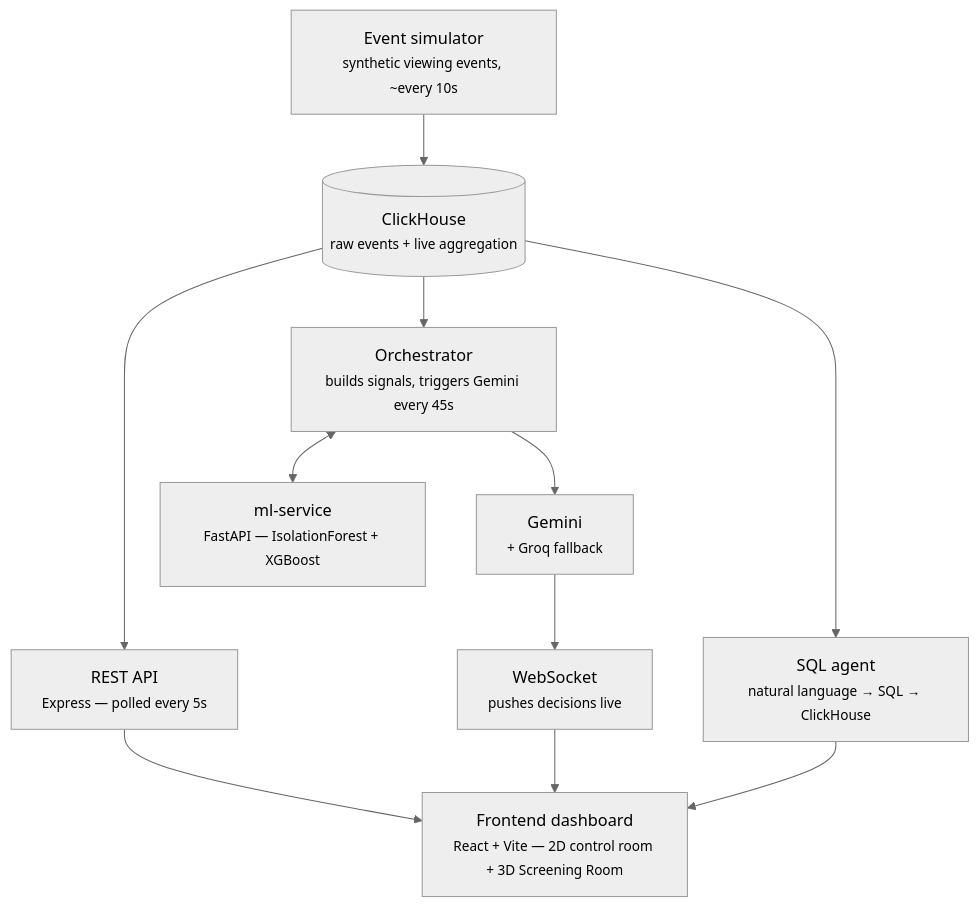
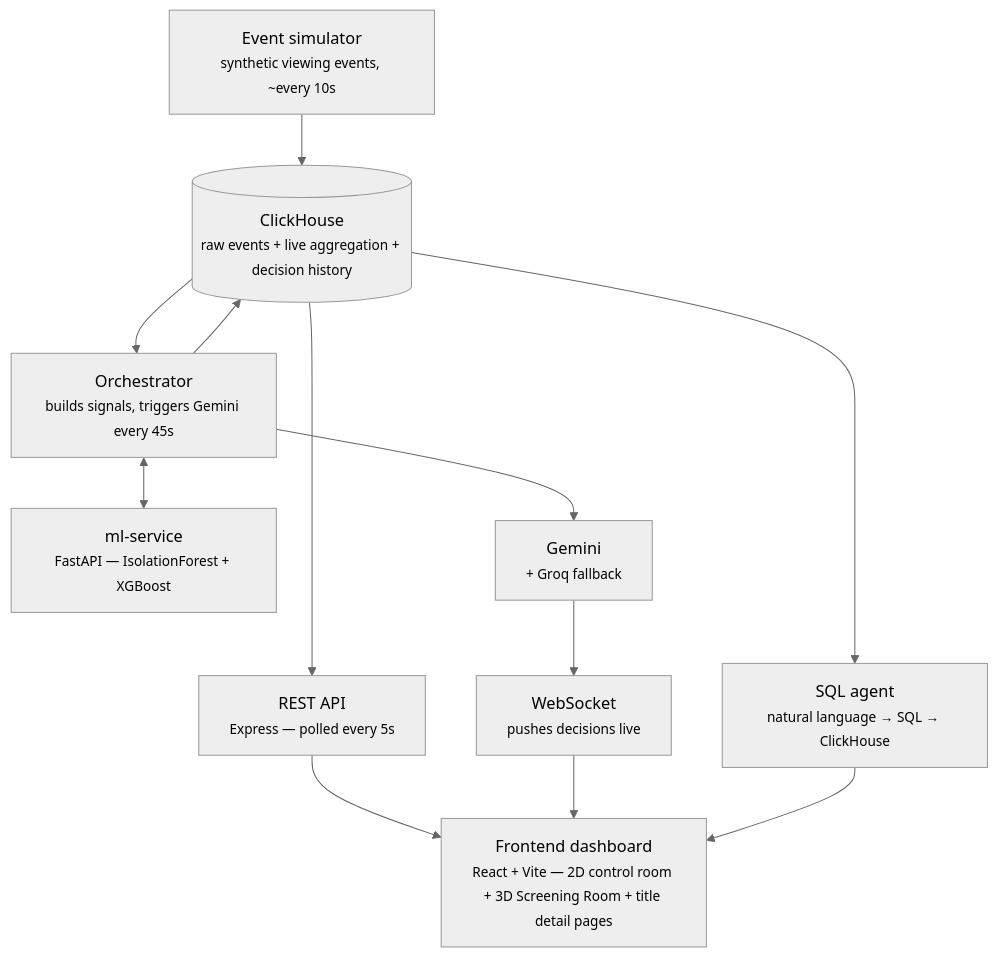
The diagram in README.md (femi-cloud/Aurora), drawn with Mermaid (neutral theme) before and after one commit. The commit also changed other lines of this file and 24 other files, not shown here.

````diff
--- a/README.md
+++ b/README.md
@@ -39,19 +39,20 @@
 ```mermaid
 flowchart TD
     SIM["Event simulator<br/><small>synthetic viewing events, ~every 10s</small>"]
-    CH[("ClickHouse<br/><small>raw events + live aggregation</small>")]
+    CH[("ClickHouse<br/><small>raw events + live aggregation + decision history</small>")]
     API["REST API<br/><small>Express — polled every 5s</small>"]
     ORCH["Orchestrator<br/><small>builds signals, triggers Gemini every 45s</small>"]
     SQL["SQL agent<br/><small>natural language → SQL → ClickHouse</small>"]
     ML["ml-service<br/><small>FastAPI — IsolationForest + XGBoost</small>"]
     GEMINI["Gemini<br/><small>+ Groq fallback</small>"]
     WS["WebSocket<br/><small>pushes decisions live</small>"]
-    FE["Frontend dashboard<br/><small>React + Vite — 2D control room + 3D Screening Room</small>"]
+    FE["Frontend dashboard<br/><small>React + Vite — 2D control room + 3D Screening Room + title detail pages</small>"]
 
     SIM --> CH
     CH --> API --> FE
     CH --> ORCH
     ORCH <--> ML
     ORCH --> GEMINI --> WS --> FE
+    ORCH --> CH
     CH --> SQL --> FE
 ```
````
